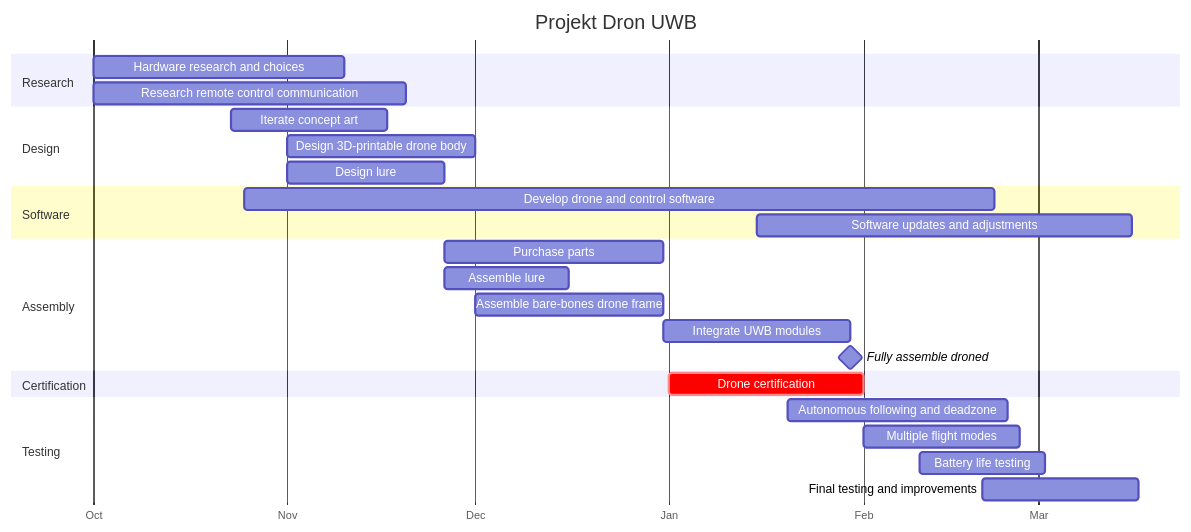
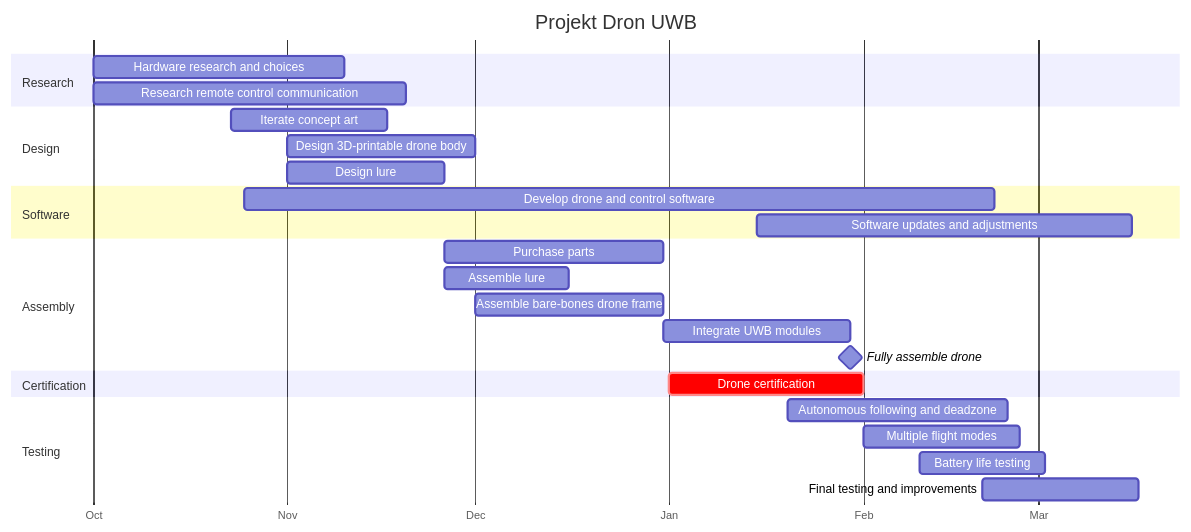
The diagram in README.md (Eden-Fujikaze/Auto-Drone), drawn with Mermaid before and after one commit.

Commit message:
Corrected a minor spelling mistake

````diff
--- a/README.md
+++ b/README.md
@@ -204,35 +204,35 @@
 ```mermaid
 gantt
     title Projekt Dron UWB
     dateFormat YYYY-MM-DD
     axisFormat %b
 
     section Research
     Hardware research and choices         :t01, 2026-10-01, 40d
     Research remote control communication :t02, 2026-10-01, 50d
 
     section Design
     Iterate concept art                   :t03, 2026-10-23, 25d
     Design 3D-printable drone body        :t04, 2026-11-01, 30d
     Design lure                           :t05, 2026-11-01, 25d
 
     section Software
     Develop drone and control software    :t06, 2026-10-25, 120d
     Software updates and adjustments      :t07, 2027-01-15, 60d
 
     section Assembly
     Purchase parts                        :t08, after t05, 35d
     Assemble lure                         :t09, after t05, 20d
     Assemble bare-bones drone frame       :t10, after t04, 30d
     Integrate UWB modules                 :t11, after t10, 30d
-    Fully assemble droned                 :milestone, t17, after t11, 0d
+    Fully assemble drone                  :milestone, t17, after t11, 0d
 
     section Certification
     Drone certification                   :crit, t12, 2027-01-01, 31d
     
     section Testing
     Autonomous following and deadzone     :t13, 2027-01-20, 35d
     Multiple flight modes                 :t14, 2027-02-01, 25d
     Battery life testing                  :t15, 2027-02-10, 20d
     Final testing and improvements        :t16, 2027-02-20, 25d
 ```
````
